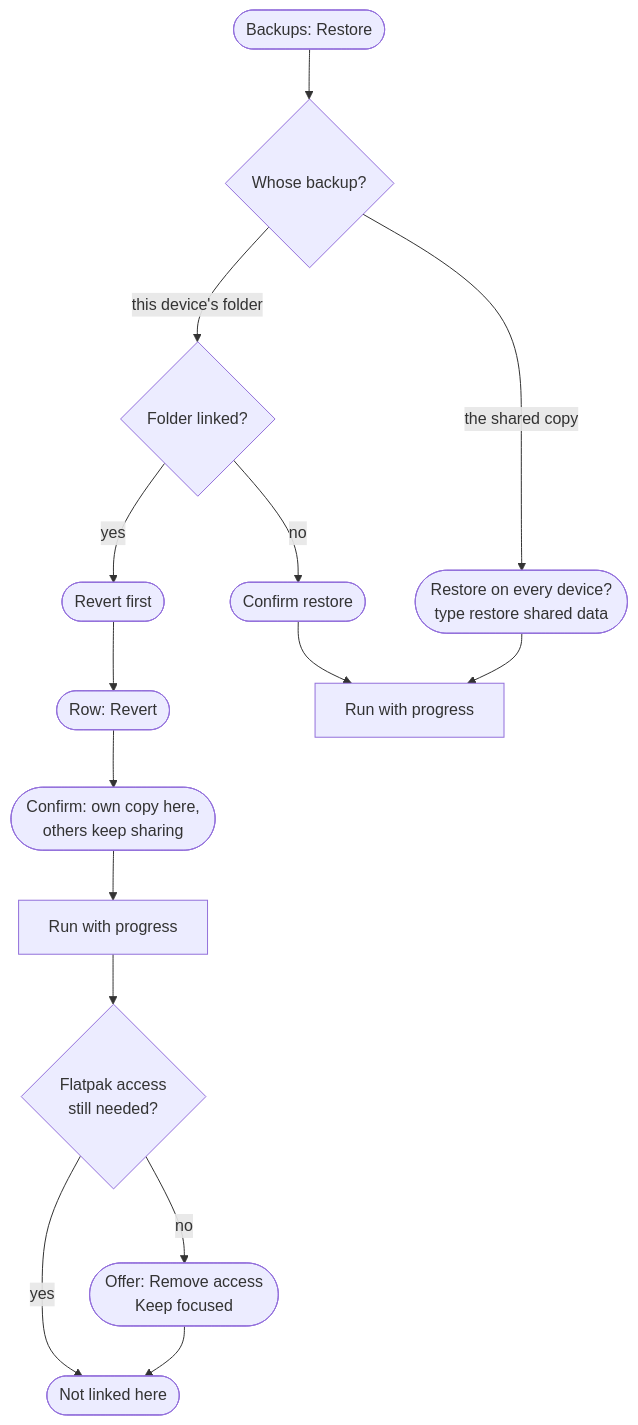
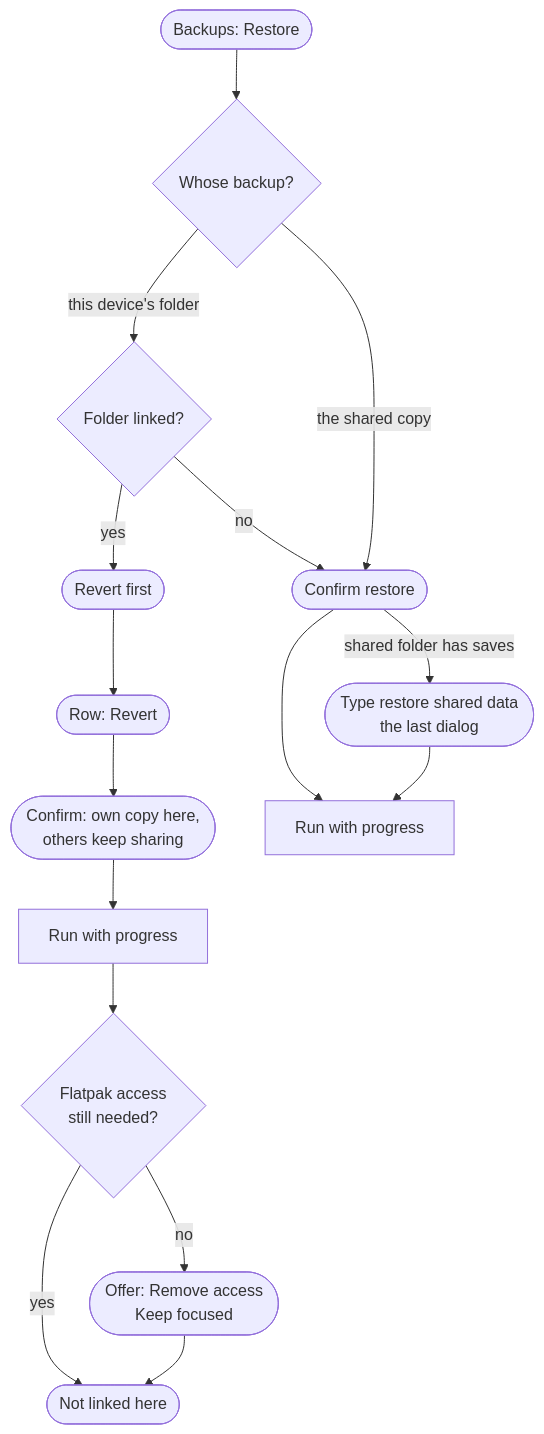
Before and after one commit to carlocgc/SaveTether: the fifth of 5 diagrams in docs/design/desktop-app-spec.md, drawn with Mermaid. The commit also changed other lines of this file and 5 other files, not shown here.

````diff
--- a/docs/design/desktop-app-spec.md
+++ b/docs/design/desktop-app-spec.md
@@ -535,14 +534,15 @@
 ```mermaid
 flowchart TD
   A(["Row: Revert"]) --> C1(["Confirm: own copy here,<br/>others keep sharing"])
   C1 --> R1["Run with progress"]
   R1 --> FG{"Flatpak access<br/>still needed?"}
   FG -- no --> RM(["Offer: Remove access<br/>Keep focused"])
   FG -- yes --> DONE(["Not linked here"])
   RM --> DONE
   B(["Backups: Restore"]) --> K{"Whose backup?"}
   K -- "this device's folder" --> L{"Folder linked?"}
   L -- yes --> RF(["Revert first"]) --> A
   L -- no --> C2(["Confirm restore"]) --> R2["Run with progress"]
-  K -- "the shared copy" --> C3(["Restore on every device?<br/>type restore shared data"]) --> R2
+  K -- "the shared copy" --> C2
+  C2 -- "shared folder has saves" --> C3(["Type restore shared data<br/>the last dialog"]) --> R2
 ```
````
